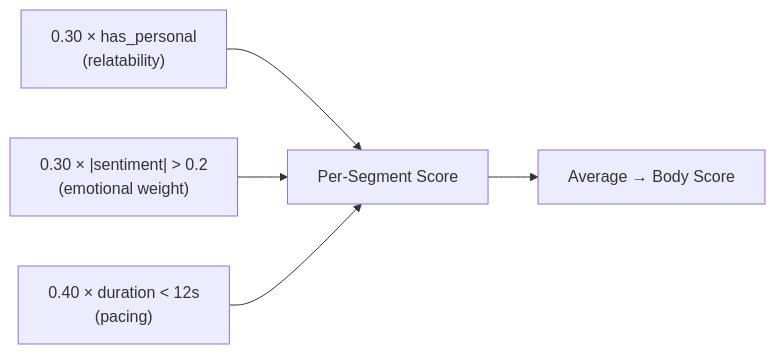
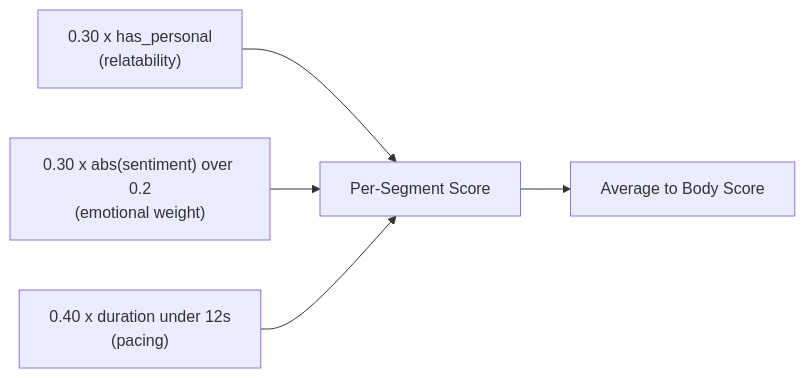
Diagram 21 of 24 in README.md (samm329-ui/Trimora), drawn with Mermaid before and after one commit. The commit also changed other lines of this file, not shown here.

Commit message:
docs: comprehensive README with Mermaid diagrams for the engine pipeline

````diff
--- a/README.md
+++ b/README.md
@@ -677,8 +706,10 @@
 ```mermaid
 flowchart LR
-    B1["0.30 × has_personal<br/>(relatability)"]
-    B2["0.30 × |sentiment| > 0.2<br/>(emotional weight)"]
-    B3["0.40 × duration < 12s<br/>(pacing)"]
-    B1 & B2 & B3 --> B_SEG[Per-Segment Score]
-    B_SEG --> B_AVG[Average → Body Score]
+    B1["0.30 x has_personal<br/>(relatability)"]
+    B2["0.30 x abs(sentiment) over 0.2<br/>(emotional weight)"]
+    B3["0.40 x duration under 12s<br/>(pacing)"]
+    B1 --> B_SEG[Per-Segment Score]
+    B2 --> B_SEG
+    B3 --> B_SEG
+    B_SEG --> B_AVG[Average to Body Score]
 ```
````
